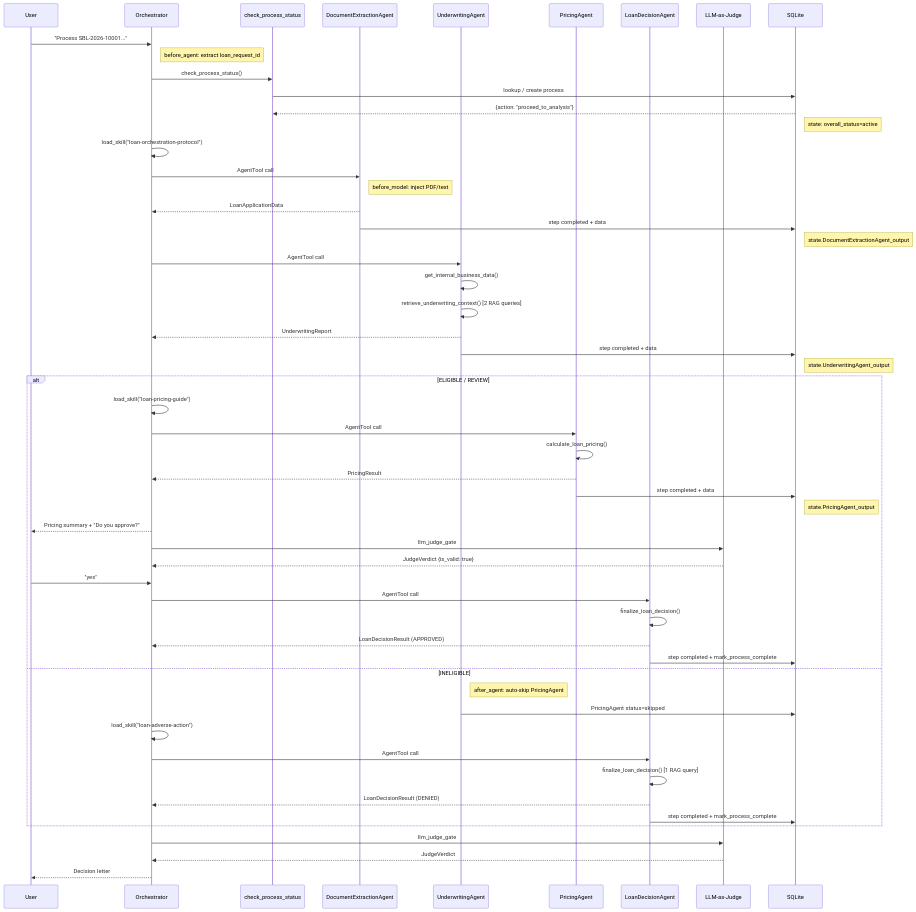
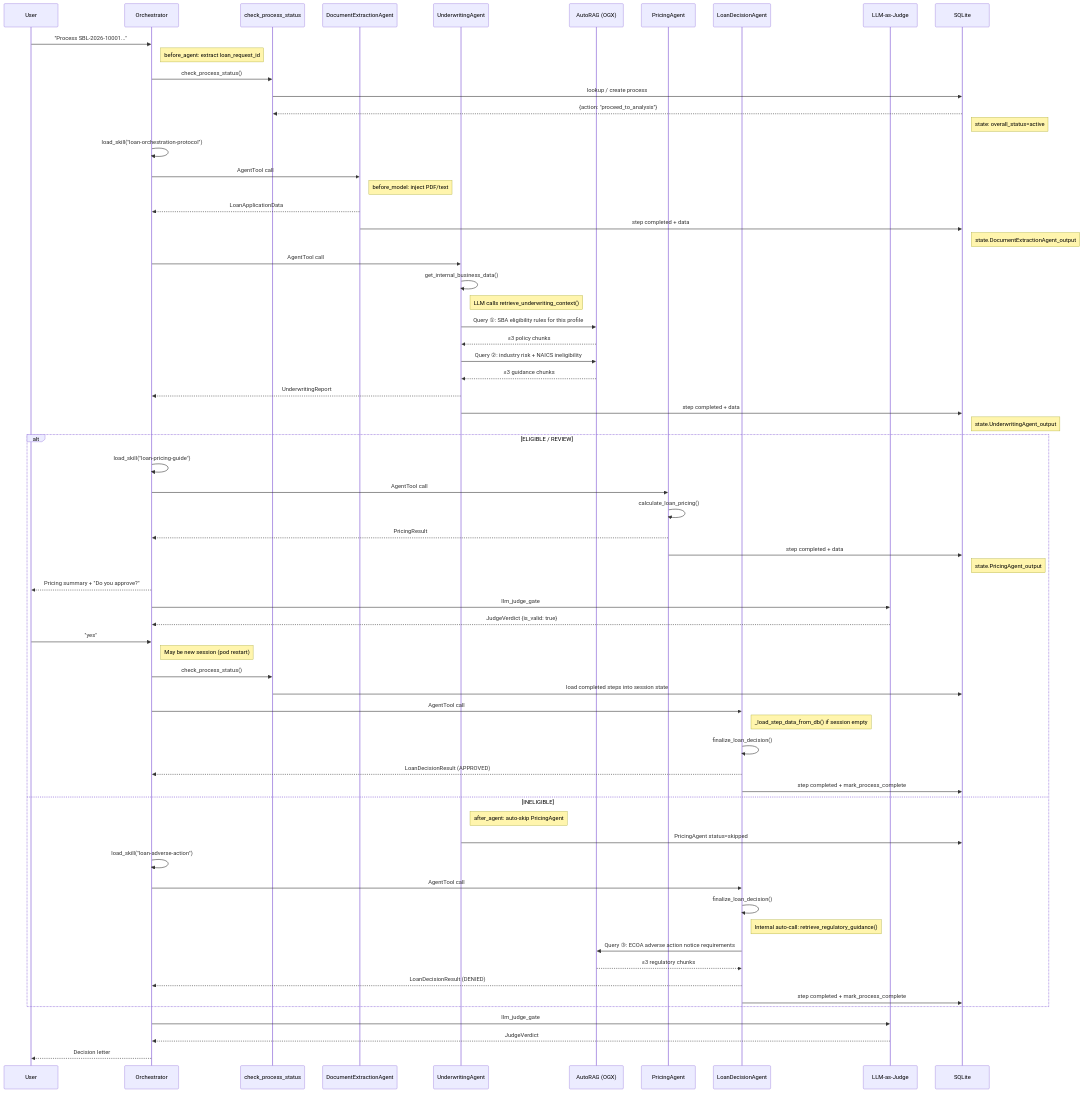
The fourth of 4 diagrams in docs/architecture.md (rrbanda/mortgage), drawn with Mermaid before and after one commit. The commit also changed other lines of this file and 4 other files, not shown here.

First line of the commit message:
Fix architecture docs: add AutoRAG as explicit system participant across all diagrams

````diff
--- a/docs/architecture.md
+++ b/docs/architecture.md
@@ -396,66 +465,79 @@
 ```mermaid
 sequenceDiagram
     participant User
     participant Orch as Orchestrator
     participant CPS as check_process_status
     participant Doc as DocumentExtractionAgent
     participant UW as UnderwritingAgent
+    participant RAG as AutoRAG (OGX)
     participant Price as PricingAgent
     participant LD as LoanDecisionAgent
     participant Judge as LLM-as-Judge
     participant DB as SQLite
 
     User->>Orch: "Process SBL-2026-10001..."
     Note right of Orch: before_agent: extract loan_request_id
 
     Orch->>CPS: check_process_status()
     CPS->>DB: lookup / create process
     DB-->>CPS: {action: "proceed_to_analysis"}
     Note right of DB: state: overall_status=active
 
     Orch->>Orch: load_skill("loan-orchestration-protocol")
 
     Orch->>Doc: AgentTool call
     Note right of Doc: before_model: inject PDF/text
     Doc-->>Orch: LoanApplicationData
     Doc->>DB: step completed + data
     Note right of DB: state.DocumentExtractionAgent_output
 
     Orch->>UW: AgentTool call
     UW->>UW: get_internal_business_data()
-    UW->>UW: retrieve_underwriting_context() [2 RAG queries]
+    Note right of UW: LLM calls retrieve_underwriting_context()
+    UW->>RAG: Query ①: SBA eligibility rules for this profile
+    RAG-->>UW: ≤3 policy chunks
+    UW->>RAG: Query ②: industry risk + NAICS ineligibility
+    RAG-->>UW: ≤3 guidance chunks
     UW-->>Orch: UnderwritingReport
     UW->>DB: step completed + data
     Note right of DB: state.UnderwritingAgent_output
 
     alt ELIGIBLE / REVIEW
         Orch->>Orch: load_skill("loan-pricing-guide")
         Orch->>Price: AgentTool call
         Price->>Price: calculate_loan_pricing()
         Price-->>Orch: PricingResult
         Price->>DB: step completed + data
         Note right of DB: state.PricingAgent_output
 
         Orch-->>User: Pricing summary + "Do you approve?"
         Orch->>Judge: llm_judge_gate
         Judge-->>Orch: JudgeVerdict {is_valid: true}
 
         User->>Orch: "yes"
+        Note right of Orch: May be new session (pod restart)
+        Orch->>CPS: check_process_status()
+        CPS->>DB: load completed steps into session state
         Orch->>LD: AgentTool call
+        Note right of LD: _load_step_data_from_db() if session empty
         LD->>LD: finalize_loan_decision()
         LD-->>Orch: LoanDecisionResult (APPROVED)
         LD->>DB: step completed + mark_process_complete
+
     else INELIGIBLE
         Note right of UW: after_agent: auto-skip PricingAgent
         UW->>DB: PricingAgent status=skipped
         Orch->>Orch: load_skill("loan-adverse-action")
         Orch->>LD: AgentTool call
-        LD->>LD: finalize_loan_decision() [1 RAG query]
+        LD->>LD: finalize_loan_decision()
+        Note right of LD: Internal auto-call: retrieve_regulatory_guidance()
+        LD->>RAG: Query ③: ECOA adverse action notice requirements
+        RAG-->>LD: ≤3 regulatory chunks
         LD-->>Orch: LoanDecisionResult (DENIED)
         LD->>DB: step completed + mark_process_complete
     end
 
     Orch->>Judge: llm_judge_gate
     Judge-->>Orch: JudgeVerdict
     Orch-->>User: Decision letter
 ```
````
